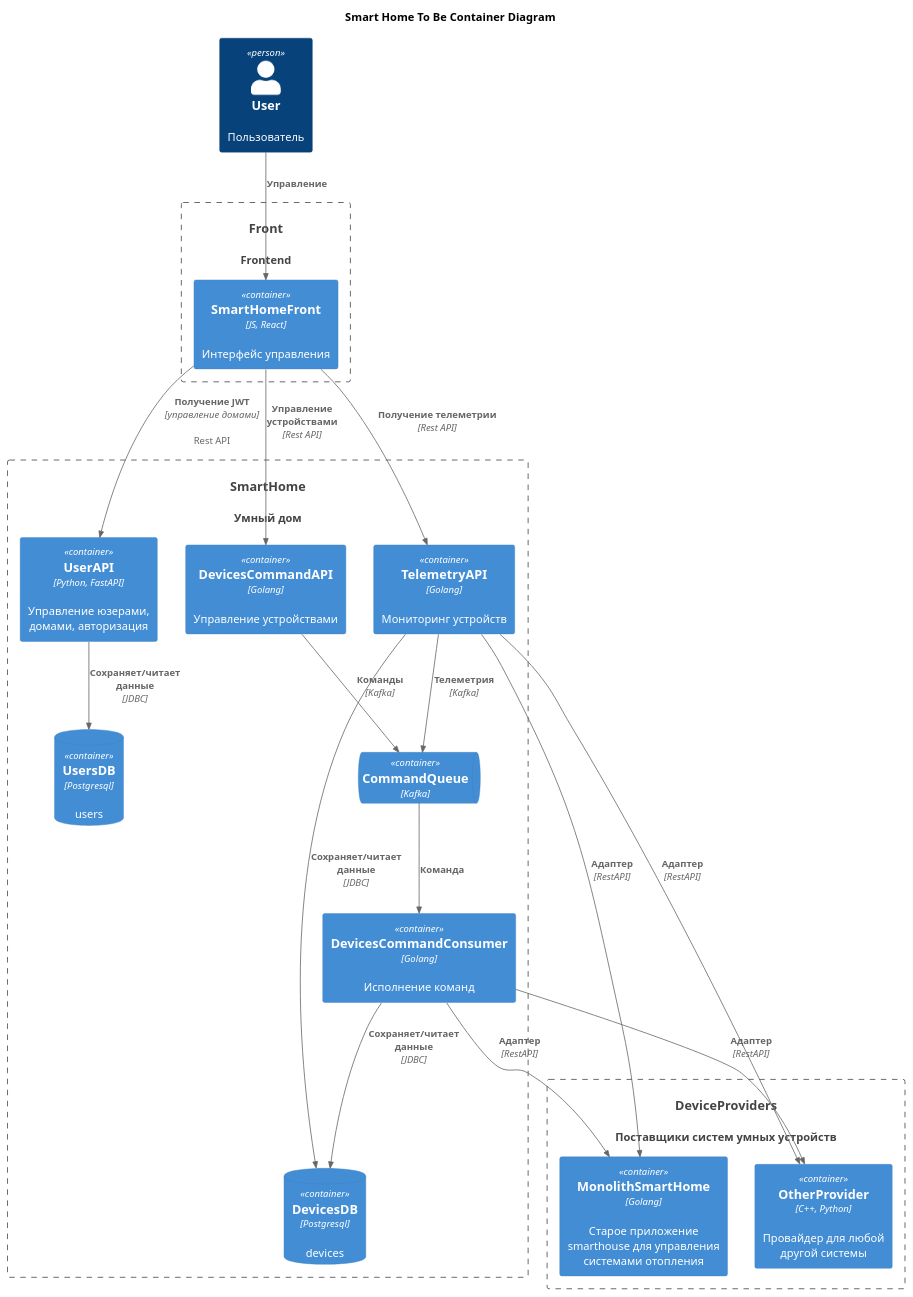
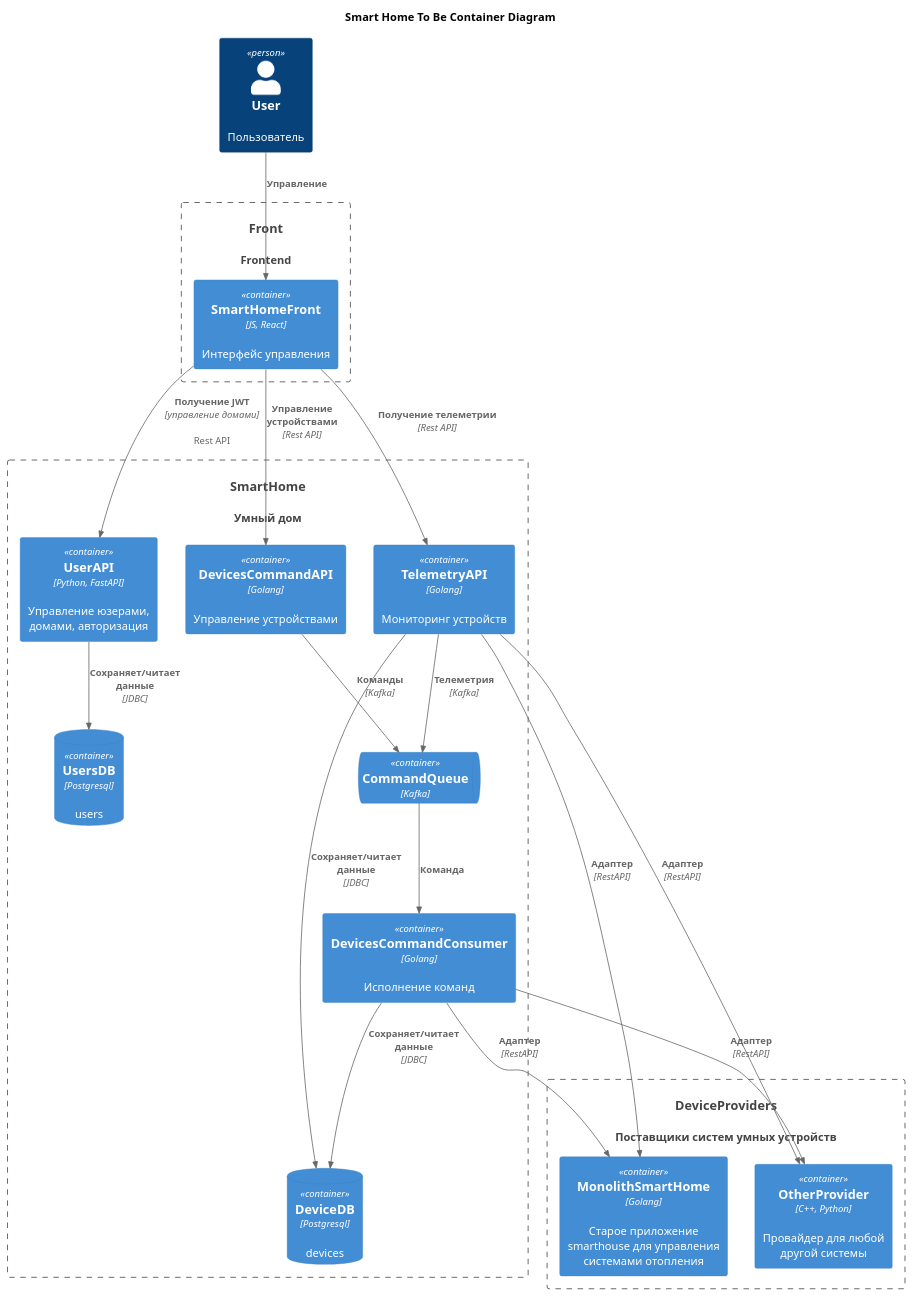
Before and after one commit to mrpeunov/architecture-pro-warmhouse: the diagram in diagrams/containers/to_be.puml, drawn with PlantUML. The commit also changed 20 other files, not shown here.

```diff
--- a/diagrams/containers/to_be.puml
+++ b/diagrams/containers/to_be.puml
@@ -1,61 +1,61 @@
 @startuml
 title Smart Home To Be Container Diagram
 
 top to bottom direction
 
 !include <C4/C4_Container>
 
 Person(user, User, Пользователь)
 
 System(Front, Front, Frontend)
 
 Container_Boundary(Front, Front){
     Container(SmartHomeFront, SmartHomeFront, "JS, React", Интерфейс управления)
 }
 Rel(user, SmartHomeFront, "Управление")
 
 
 System(SmartHome, SmartHome, Умный дом)
 
 Container_Boundary(SmartHome, SmartHome) {
   Container(DevicesCommandAPI, DevicesCommandAPI, "Golang", "Управление устройствами")
   Container(TelemetryAPI, TelemetryAPI, "Golang", "Мониторинг устройств")
   Container(UserAPI, UserAPI, "Python, FastAPI", "Управление юзерами, домами, авторизация")
   Container(DevicesCommandConsumer, DevicesCommandConsumer, "Golang", "Исполнение команд")
 
   ContainerQueue(CommandQueue, CommandQueue, Kafka)
-  ContainerDb(DevicesDB, DevicesDB, Postgresql, devices)
+  ContainerDb(DeviceDB, DeviceDB, Postgresql, devices)
   ContainerDb(UsersDB, UsersDB, Postgresql, users)
 
   Rel(TelemetryAPI, CommandQueue, "Телеметрия", Kafka)
   Rel(DevicesCommandAPI, CommandQueue, "Команды", Kafka)
   Rel(CommandQueue, DevicesCommandConsumer, "Команда")
 
   Rel(UserAPI, UsersDB, Сохраняет/читает данные, JDBC)
 
-  Rel(DevicesCommandConsumer, DevicesDB, Сохраняет/читает данные, JDBC)
-  Rel(TelemetryAPI, DevicesDB, Сохраняет/читает данные, JDBC)
+  Rel(DevicesCommandConsumer, DeviceDB, Сохраняет/читает данные, JDBC)
+  Rel(TelemetryAPI, DeviceDB, Сохраняет/читает данные, JDBC)
 }
 
 Rel(SmartHomeFront, DevicesCommandAPI, Управление устройствами, Rest API)
 Rel(SmartHomeFront, TelemetryAPI, Получение телеметрии, Rest API)
 Rel(SmartHomeFront, UserAPI, Получение JWT, управление домами, Rest API)
 
 System_Ext(DeviceProviders, DeviceProviders, "Поставщики систем умных устройств")
 Container_Boundary(DeviceProviders, DeviceProviders){
     Container(MonolithSmartHome, MonolithSmartHome, Golang, "Старое приложение smarthouse для управления системами отопления" )
     Container(OtherProvider, OtherProvider, "C++, Python", "Провайдер для любой другой системы")
 }
 
 Rel(TelemetryAPI, MonolithSmartHome, "Адаптер", RestAPI)
 Rel(DevicesCommandConsumer, MonolithSmartHome, "Адаптер", RestAPI)
 
 Rel(TelemetryAPI, OtherProvider, "Адаптер", RestAPI)
 Rel(DevicesCommandConsumer, OtherProvider, "Адаптер", RestAPI)
 
 
 
 
 
 
 @enduml
```
